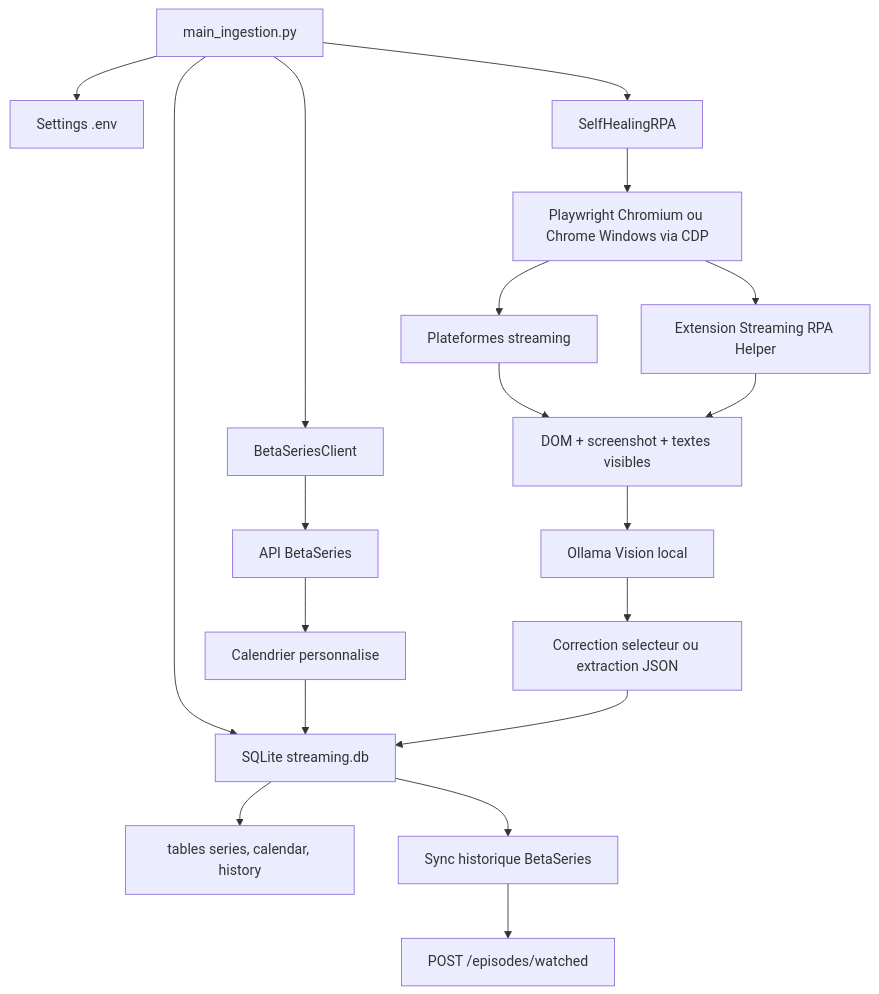
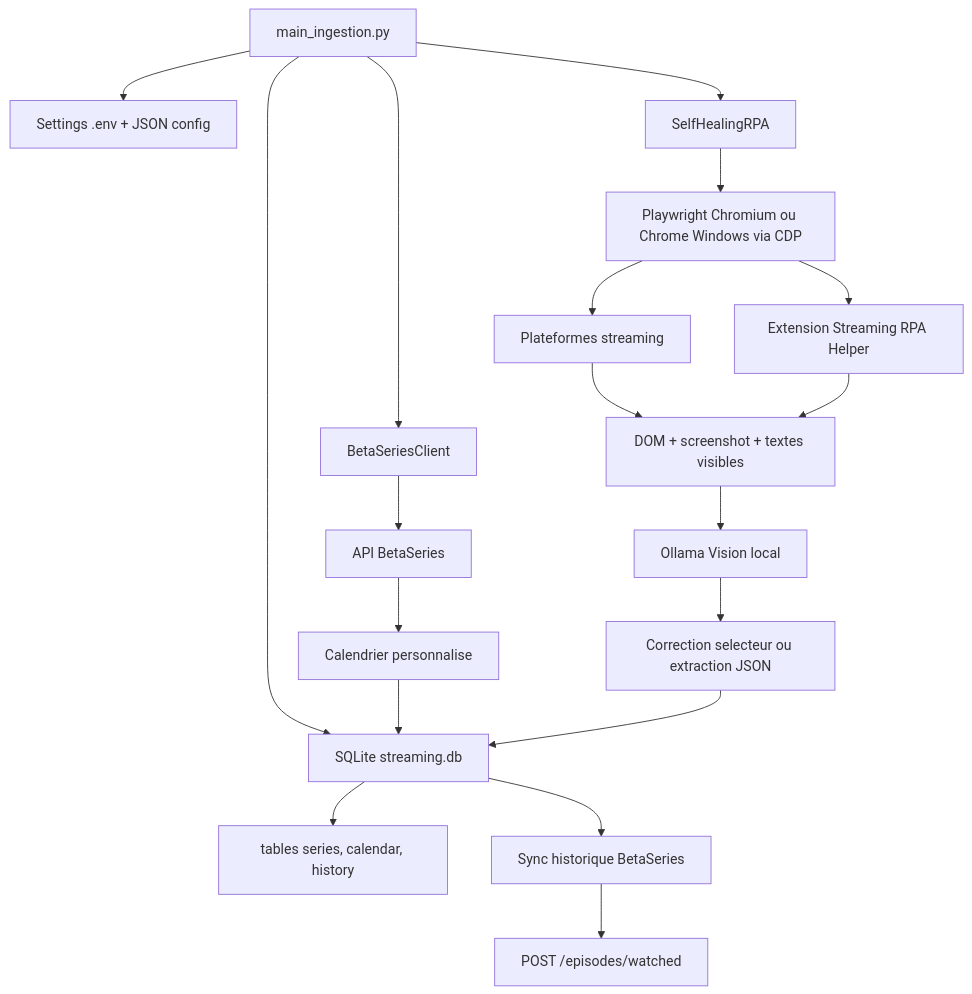
One commit to BashLover76/rpa_streaming changed the diagram in docs/architecture.md. Above: the diagram before and after it, drawn with Mermaid. The commit also changed other lines of this file and 8 other files, not shown here.

Commit message:
docs(config): document json-based local settings

````diff
--- a/docs/architecture.md
+++ b/docs/architecture.md
@@ -5,24 +5,24 @@
 ```mermaid
 flowchart TD
-    A[main_ingestion.py] --> B[Settings .env]
+    A[main_ingestion.py] --> B[Settings .env + JSON config]
     A --> C[SQLite streaming.db]
     A --> D[BetaSeriesClient]
     A --> E[SelfHealingRPA]
 
     D --> F[API BetaSeries]
     F --> G[Calendrier personnalise]
     G --> C
 
     E --> H[Playwright Chromium ou Chrome Windows via CDP]
     H --> I[Plateformes streaming]
     H --> J[Extension Streaming RPA Helper]
     I --> K[DOM + screenshot + textes visibles]
     J --> K
     K --> L[Ollama Vision local]
     L --> M[Correction selecteur ou extraction JSON]
     M --> C
 
     C --> N[tables series, calendar, history]
     C --> O[Sync historique BetaSeries]
     O --> P[POST /episodes/watched]
 ```
````
